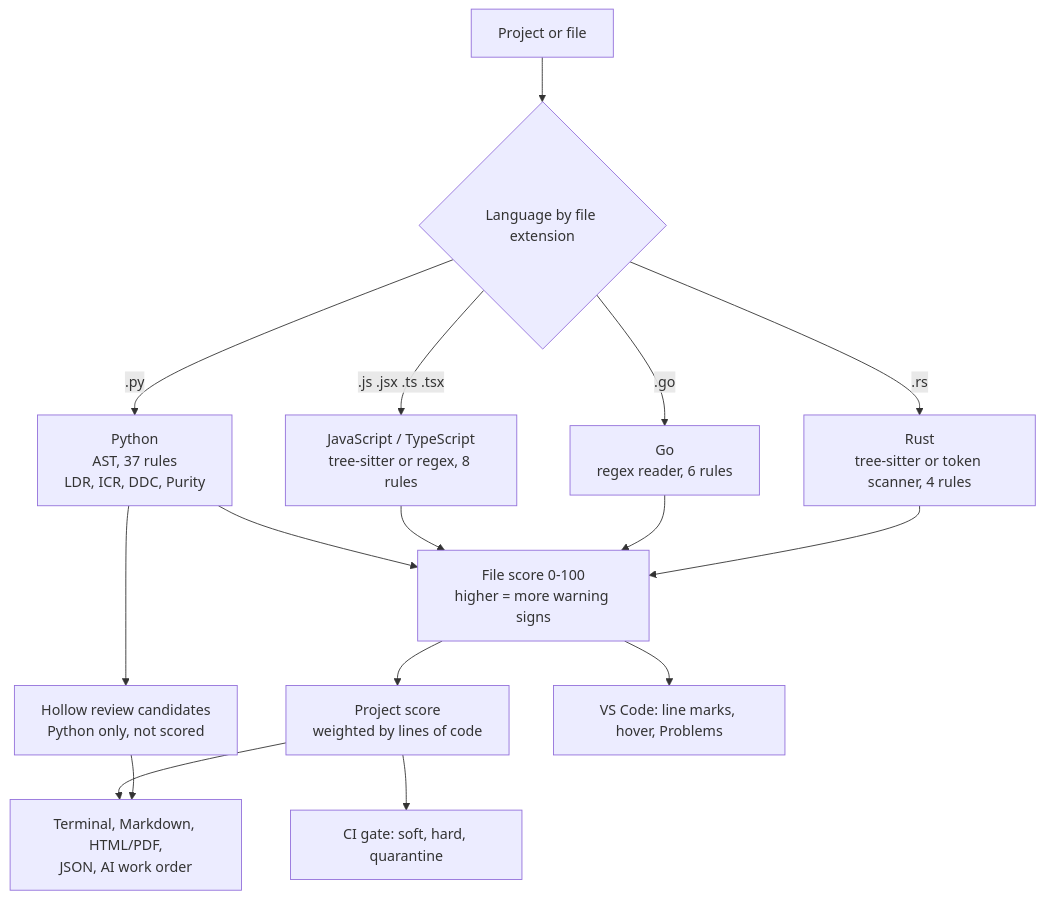
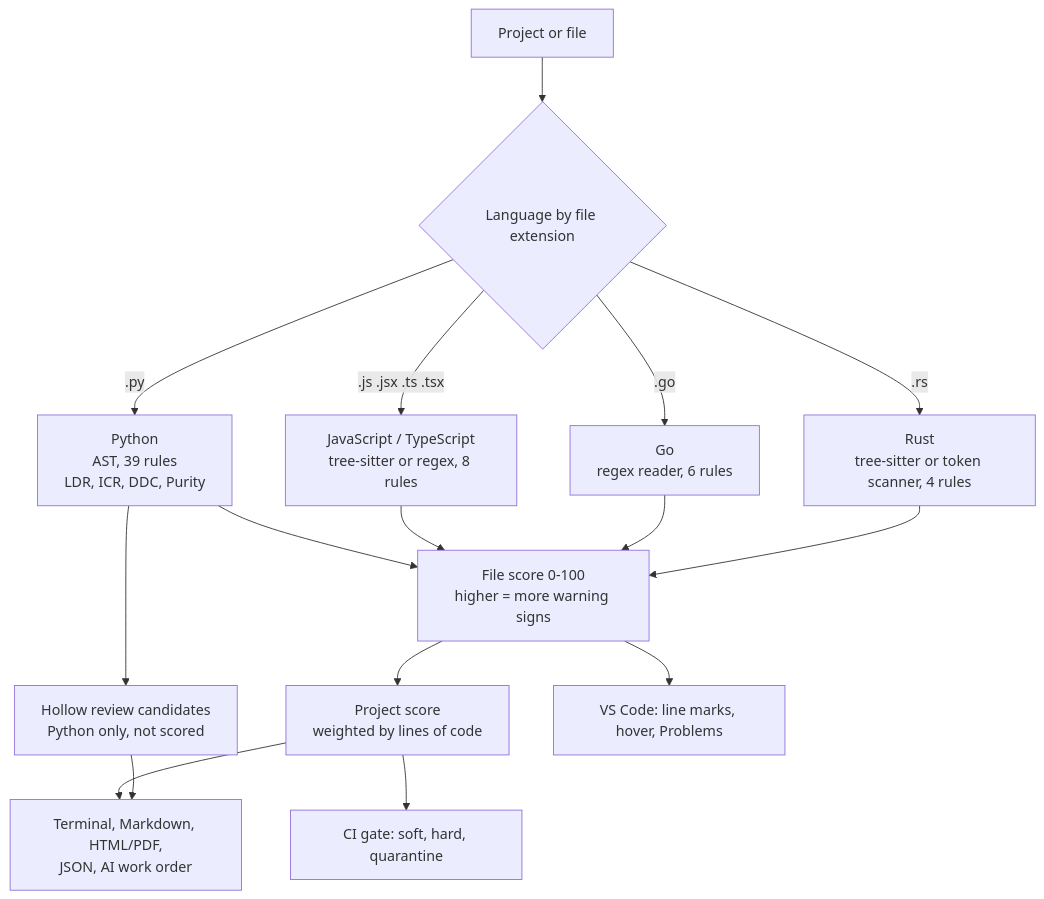
The diagram in README.md (flamehaven01/AI-SLOP-Detector), drawn with Mermaid before and after one commit. The commit also changed other lines of this file and 18 other files, not shown here.

````diff
--- a/README.md
+++ b/README.md
@@ -201,18 +201,18 @@
 ```mermaid
 flowchart TD
     A["Project or file"] --> B{"Language by file extension"}
-    B -->|.py| P["Python<br/>AST, 37 rules<br/>LDR, ICR, DDC, Purity"]
+    B -->|.py| P["Python<br/>AST, 39 rules<br/>LDR, ICR, DDC, Purity"]
     B -->|.js .jsx .ts .tsx| J["JavaScript / TypeScript<br/>tree-sitter or regex, 8 rules"]
     B -->|.go| G["Go<br/>regex reader, 6 rules"]
     B -->|.rs| R["Rust<br/>tree-sitter or token scanner, 4 rules"]
     P --> F["File score 0-100<br/>higher = more warning signs"]
     J --> F
     G --> F
     R --> F
     P --> H["Hollow review candidates<br/>Python only, not scored"]
     F --> S["Project score<br/>weighted by lines of code"]
     S --> O["Terminal, Markdown, HTML/PDF,<br/>JSON, AI work order"]
     H --> O
     S --> C["CI gate: soft, hard, quarantine"]
     F --> V["VS Code: line marks, hover, Problems"]
 ```
````
